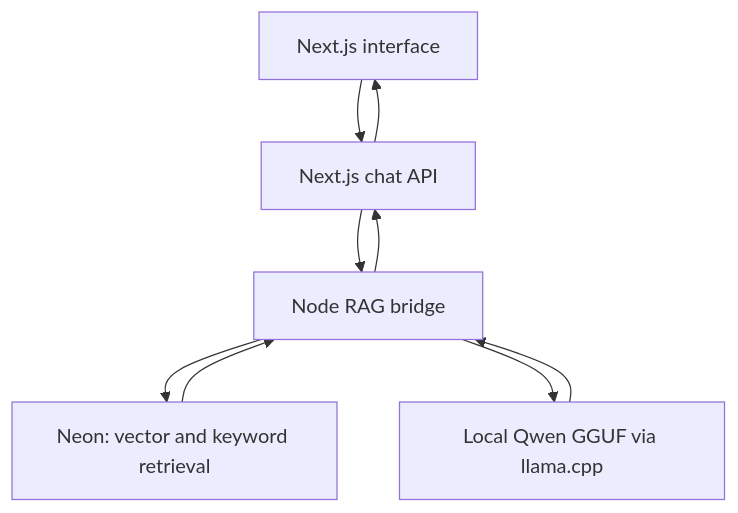
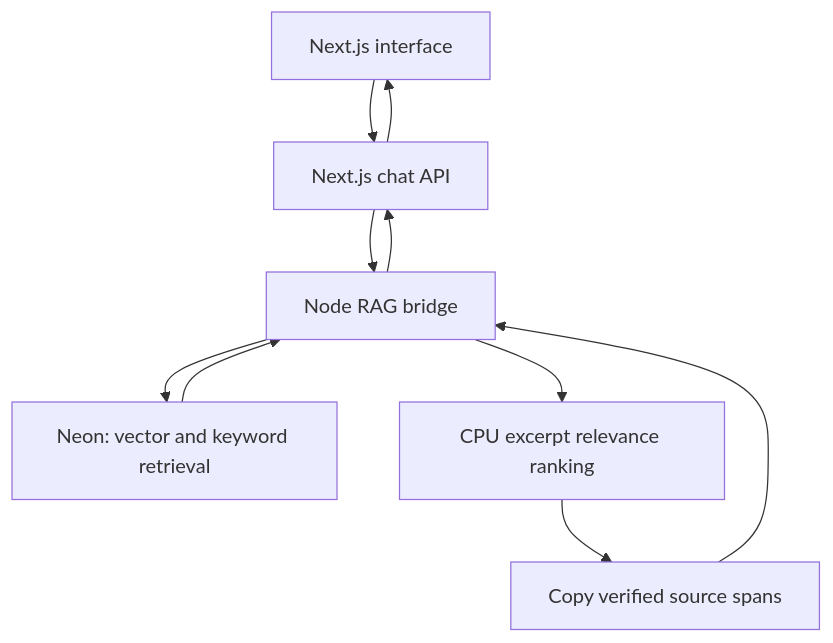
The diagram in README.md (Dhananjay2799/fincite), drawn with Mermaid before and after one commit. The commit also changed other lines of this file and 13 other files, not shown here.

Commit message:
Default local demo to verified source excerpts and preserve experimental generation

````diff
--- a/README.md
+++ b/README.md
@@ -34,11 +34,12 @@
 ```mermaid
 flowchart TD
     UI[Next.js interface] --> API[Next.js chat API]
     API --> Bridge[Node RAG bridge]
     Bridge --> DB[Neon: vector and keyword retrieval]
     DB --> Bridge
-    Bridge --> Model[Local Qwen GGUF via llama.cpp]
-    Model --> Bridge
+    Bridge --> Reranker[CPU excerpt relevance ranking]
+    Reranker --> Copy[Copy verified source spans]
+    Copy --> Bridge
     Bridge --> API
     API --> UI
 ```
````
